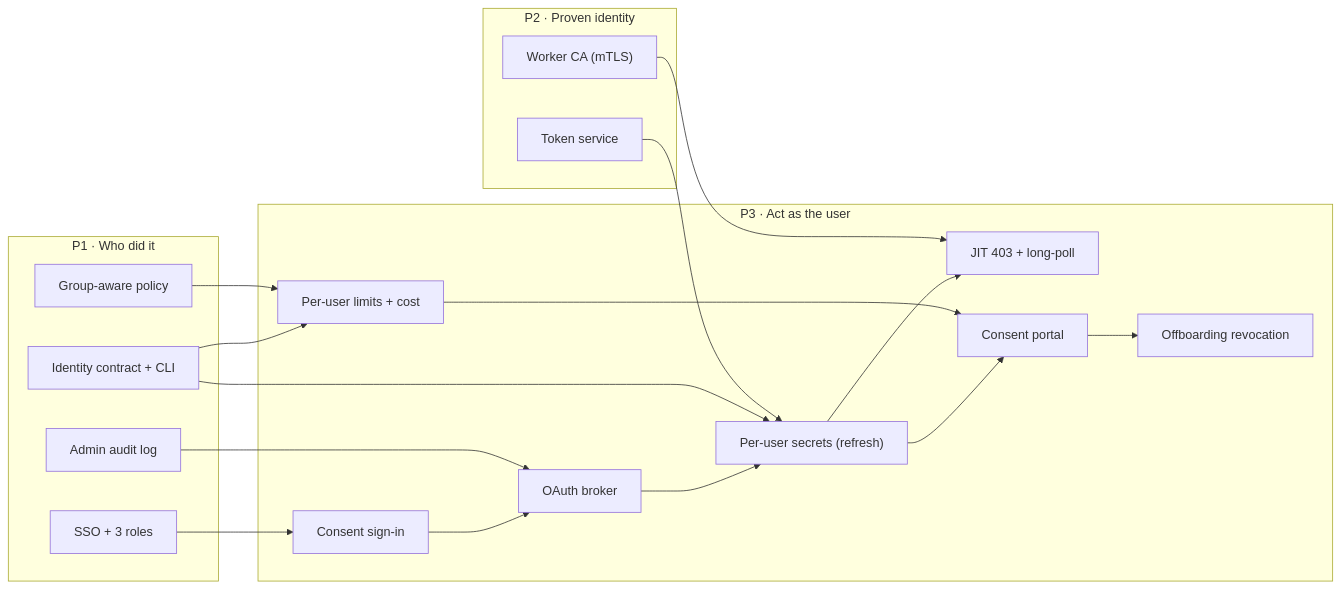
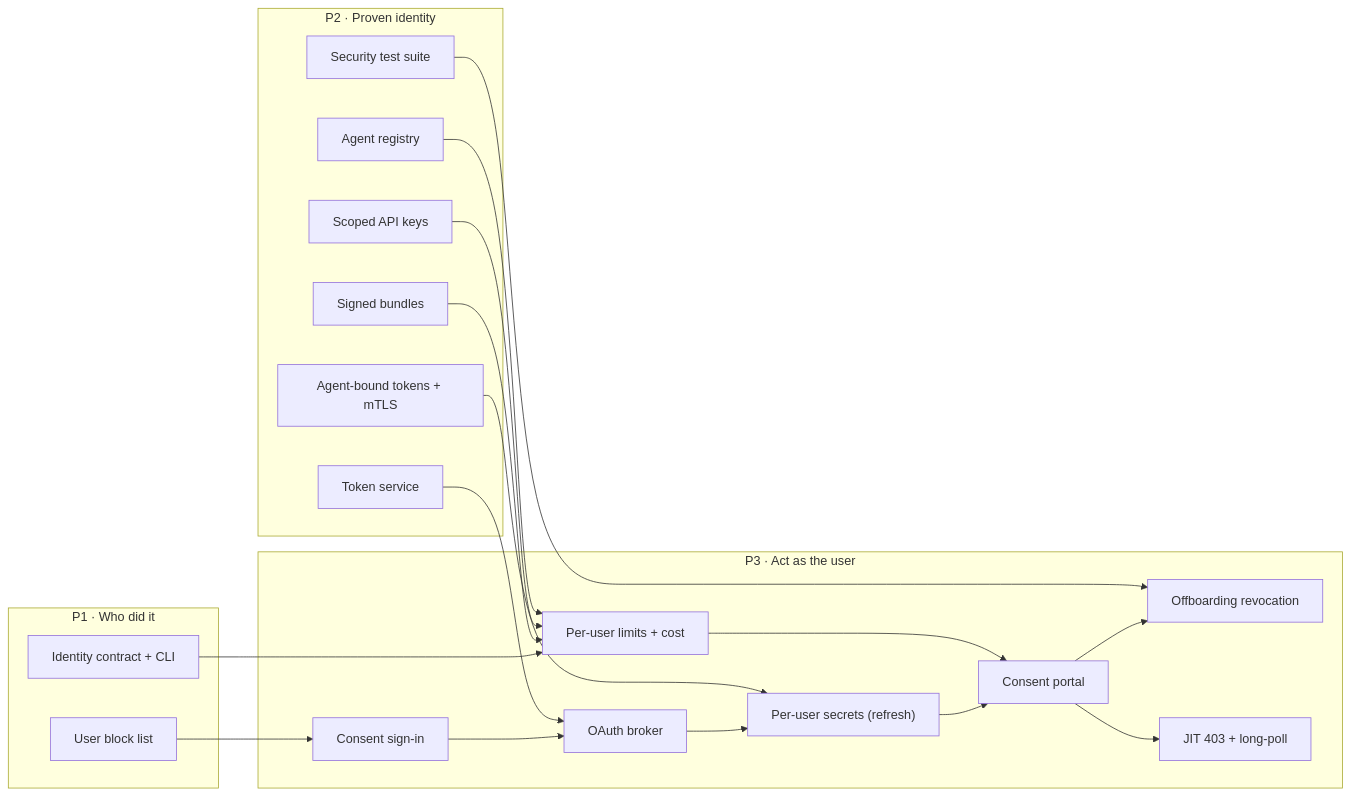
Before and after one commit to ethosagent/warden: the third of 5 diagrams in docs/roadmap/README.md, drawn with Mermaid. The commit also changed other lines of this file and 26 other files, not shown here.

First line of the commit message:
docs(roadmap): review Phase 3 tickets with requirements, plans and acceptance

````diff
--- a/docs/roadmap/README.md
+++ b/docs/roadmap/README.md
@@ -147,35 +147,38 @@
 ```mermaid
 flowchart LR
   subgraph ph1["P1 · Who did it"]
     p1_identity_contract["Identity contract + CLI"]
-    p1_sso_roles["SSO + 3 roles"]
-    p1_admin_audit["Admin audit log"]
-    p1_group_policy["Group-aware policy"]
+    p1_block_list["User block list"]
   end
   subgraph ph2["P2 · Proven identity"]
+    p2_agent_registry["Agent registry"]
     p2_token_service["Token service"]
-    p2_worker_ca["Worker CA (mTLS)"]
+    p2_signed_bundles["Signed bundles"]
+    p2_api_keys["Scoped API keys"]
+    p2_worker_bound["Agent-bound tokens + mTLS"]
+    p2_security_tests["Security test suite"]
   end
   subgraph ph3["P3 · Act as the user"]
     p3_consent_signin["Consent sign-in"]
     p3_oauth_broker["OAuth broker"]
     p3_per_user_secrets["Per-user secrets (refresh)"]
-    p3_jit["JIT 403 + long-poll"]
     p3_per_user_limits["Per-user limits + cost"]
     p3_consent_portal["Consent portal"]
     p3_offboarding["Offboarding revocation"]
+    p3_jit["JIT 403 + long-poll"]
   end
-  p1_sso_roles --> p3_consent_signin
+  p1_block_list --> p3_consent_signin
   p3_consent_signin --> p3_oauth_broker
-  p1_admin_audit --> p3_oauth_broker
+  p2_token_service --> p3_oauth_broker
   p3_oauth_broker --> p3_per_user_secrets
-  p1_identity_contract --> p3_per_user_secrets
-  p2_token_service --> p3_per_user_secrets
-  p3_per_user_secrets --> p3_jit
-  p2_worker_ca --> p3_jit
+  p2_worker_bound --> p3_per_user_secrets
   p1_identity_contract --> p3_per_user_limits
-  p1_group_policy --> p3_per_user_limits
+  p2_signed_bundles --> p3_per_user_limits
+  p2_api_keys --> p3_per_user_limits
+  p2_agent_registry --> p3_per_user_limits
   p3_per_user_secrets --> p3_consent_portal
   p3_per_user_limits --> p3_consent_portal
   p3_consent_portal --> p3_offboarding
+  p2_security_tests --> p3_offboarding
+  p3_consent_portal --> p3_jit
 ```
````
